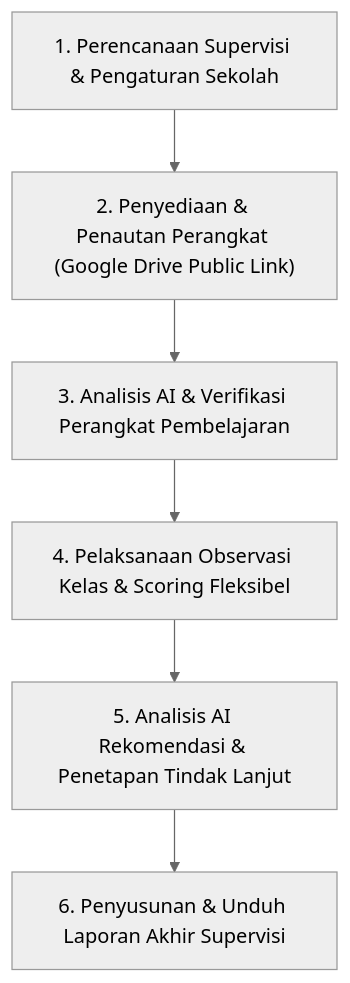
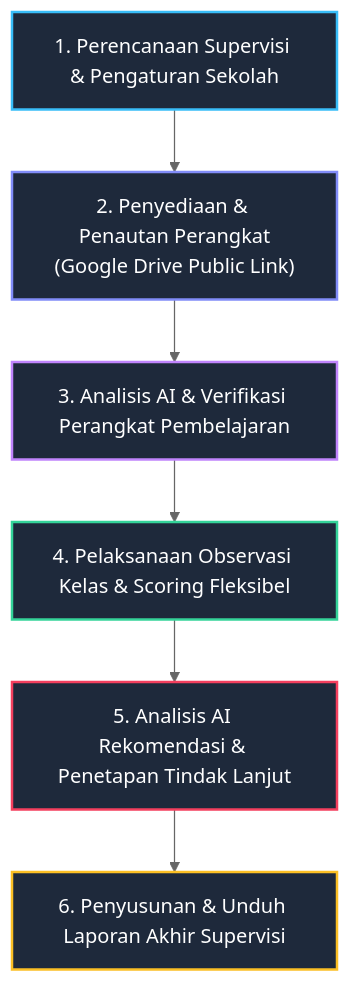
Before and after one commit to Hnzsama/supervisi_sekolah: the first of 2 diagrams in docs/03-business-workflows.md, drawn with Mermaid (neutral theme). The commit also changed other lines of this file and 3 other files, not shown here.

Commit message:
Fix Mermaid syntax error and increase diagram scale

````diff
--- a/docs/03-business-workflows.md
+++ b/docs/03-business-workflows.md
@@ -7,8 +7,15 @@
 ```mermaid
 flowchart TD
-    T1["1. Perencanaan Supervisi & Pengaturan Sekolah"] --> T2["2. Penyediaan & Penautan Perangkat (Google Drive Public Link)"]
+    T1["1. Perencanaan Supervisi & Pengaturan Sekolah"] --> T2["2. Penyediaan & Penautan Perangkat<br/>(Google Drive Public Link)"]
     T2 --> T3["3. Analisis AI & Verifikasi Perangkat Pembelajaran"]
     T3 --> T4["4. Pelaksanaan Observasi Kelas & Scoring Fleksibel"]
     T4 --> T5["5. Analisis AI Rekomendasi & Penetapan Tindak Lanjut"]
     T5 --> T6["6. Penyusunan & Unduh Laporan Akhir Supervisi"]
+
+    style T1 fill:#1e293b,stroke:#38bdf8,stroke-width:2px,color:#fff
+    style T2 fill:#1e293b,stroke:#818cf8,stroke-width:2px,color:#fff
+    style T3 fill:#1e293b,stroke:#c084fc,stroke-width:2px,color:#fff
+    style T4 fill:#1e293b,stroke:#34d399,stroke-width:2px,color:#fff
+    style T5 fill:#1e293b,stroke:#f43f5e,stroke-width:2px,color:#fff
+    style T6 fill:#1e293b,stroke:#fbbf24,stroke-width:2px,color:#fff
 ```
````
